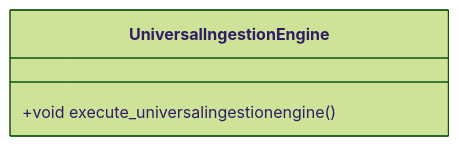
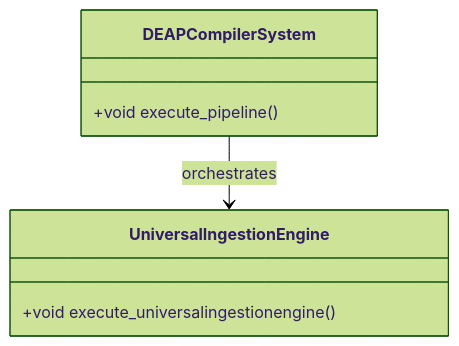
Before and after one commit to gintatkinson/dumpiler-01: the diagram in docs/features/FEAT-11-UniversalIngestionEngine.md, drawn with Mermaid (forest theme). The commit also changed other lines of this file and 90 other files, not shown here.

````diff
--- a/docs/features/FEAT-11-UniversalIngestionEngine.md
+++ b/docs/features/FEAT-11-UniversalIngestionEngine.md
@@ -25,6 +25,10 @@
 ```mermaid
 classDiagram
+    class DEAPCompilerSystem {
+        +void execute_pipeline()
+    }
     class UniversalIngestionEngine {
         +void execute_universalingestionengine()
     }
+    DEAPCompilerSystem --> UniversalIngestionEngine : orchestrates
 ```
````
